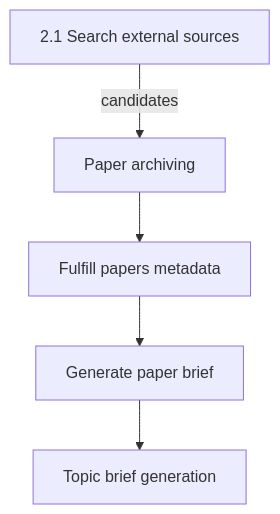
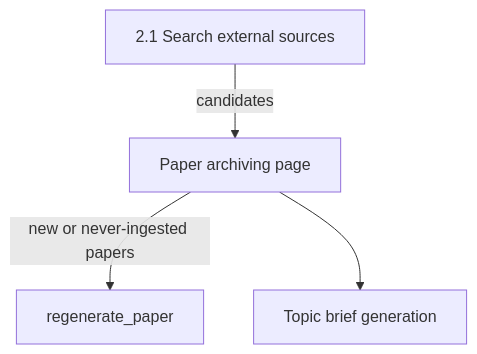
The diagram in docs/specs/2.2.1-paper-archiving.md (GustavoRusso/paper-reviewer), drawn with Mermaid before and after one commit. The commit also changed other lines of this file and 37 other files, not shown here.

Commit message:
Unify Paper Ingestion UI to be the unify point that run inform_source_record → inform_full_text → create_paper_brief

````diff
--- a/docs/specs/2.2.1-paper-archiving.md
+++ b/docs/specs/2.2.1-paper-archiving.md
@@ -49,12 +51,10 @@
 ```mermaid
 flowchart TB
   search[2.1 Search external sources]
-  archive[Paper archiving]
-  fulfill[Fulfill papers metadata]
-  briefs[Generate paper brief]
+  archive[Paper archiving page]
+  regen[regenerate_paper]
   topic[Topic brief generation]
   search -->|"candidates"| archive
-  archive --> fulfill
-  fulfill --> briefs
-  briefs --> topic
+  archive -->|"new or never-ingested papers"| regen
+  archive --> topic
 ```
````
